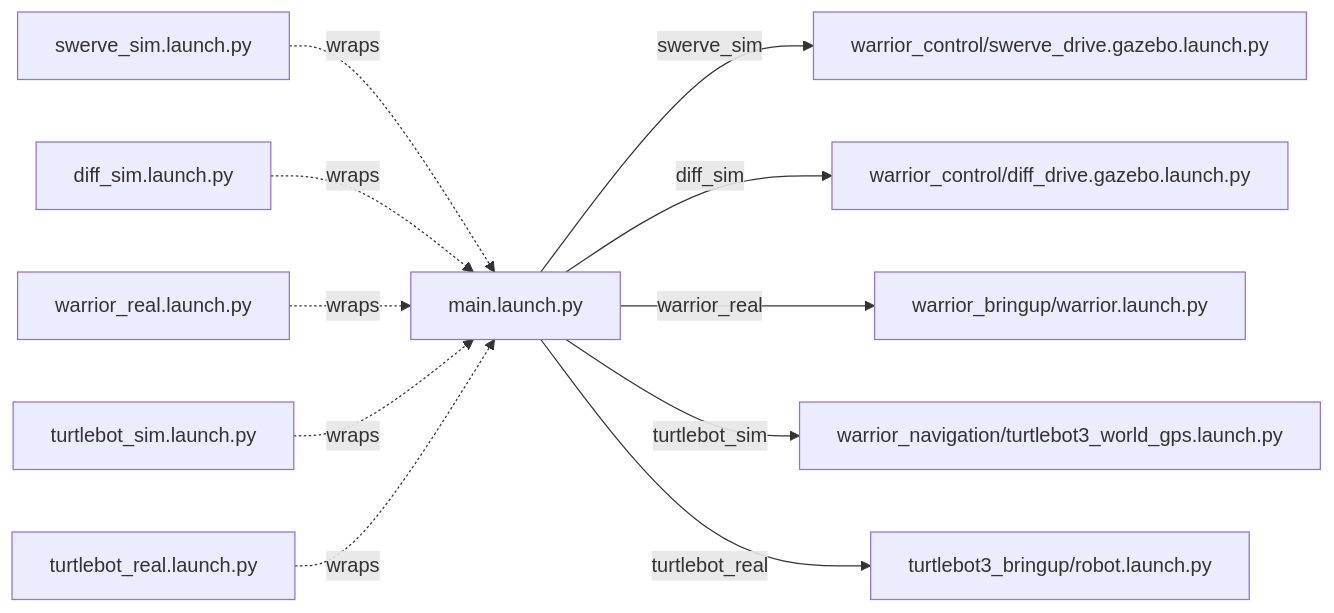
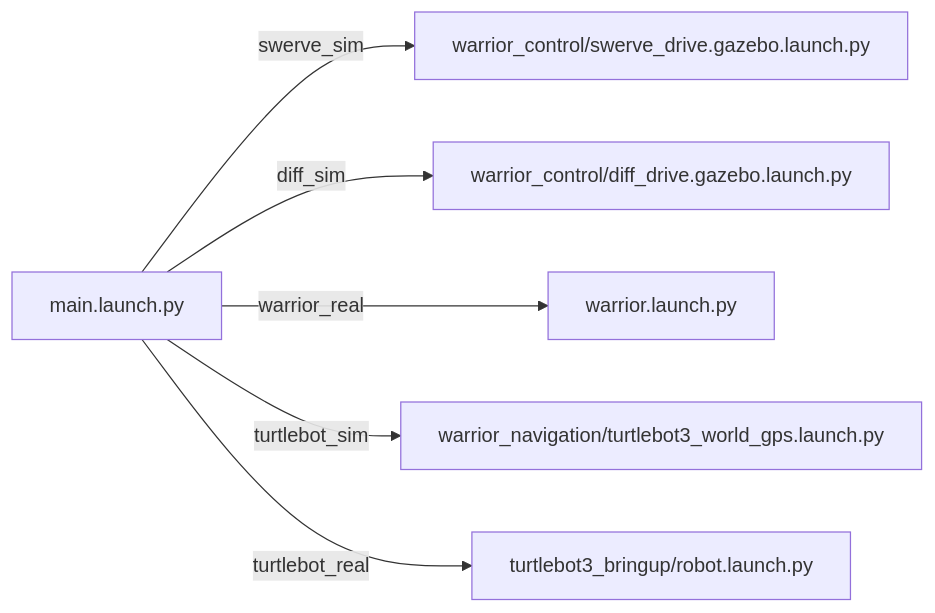
One commit to waynerobotics/Warrior_2026 changed the first of 2 diagrams in warrior_bringup/README.md. Above: the diagram before and after it, drawn with Mermaid. The commit also changed other lines of this file and 8 other files, not shown here.

````diff
--- a/warrior_bringup/README.md
+++ b/warrior_bringup/README.md
@@ -29,15 +37,8 @@
 ```mermaid
 flowchart LR
-    M[main.launch.py]
-    M -->|swerve_sim| A[warrior_control/swerve_drive.gazebo.launch.py]
+    M[main.launch.py] -->|swerve_sim| A[warrior_control/swerve_drive.gazebo.launch.py]
     M -->|diff_sim| B[warrior_control/diff_drive.gazebo.launch.py]
-    M -->|warrior_real| C[warrior_bringup/warrior.launch.py]
+    M -->|warrior_real| C[warrior.launch.py]
     M -->|turtlebot_sim| D[warrior_navigation/turtlebot3_world_gps.launch.py]
     M -->|turtlebot_real| E[turtlebot3_bringup/robot.launch.py]
-
-    SS[swerve_sim.launch.py] -.->|wraps| M
-    DS[diff_sim.launch.py] -.->|wraps| M
-    WR[warrior_real.launch.py] -.->|wraps| M
-    TS[turtlebot_sim.launch.py] -.->|wraps| M
-    TR[turtlebot_real.launch.py] -.->|wraps| M
 ```
````
